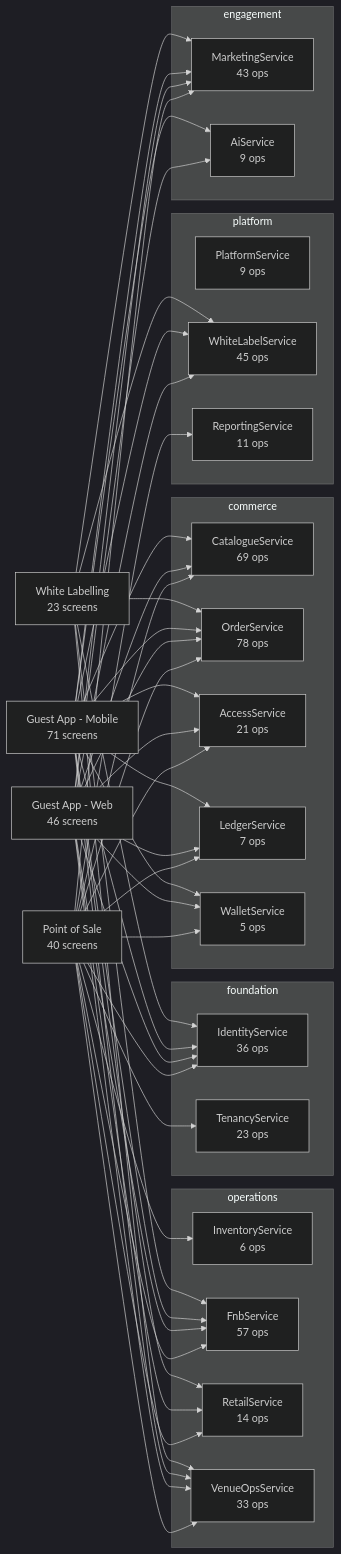
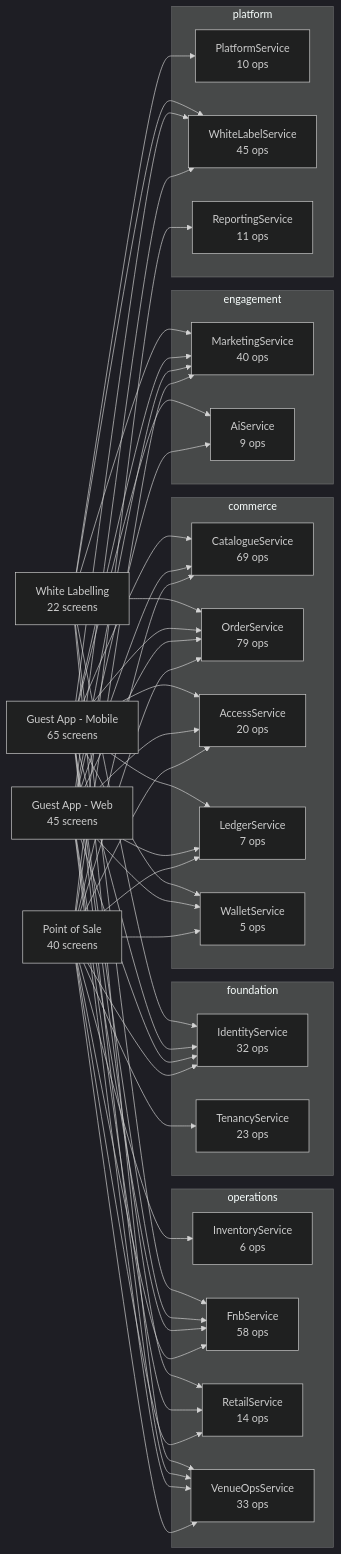
The diagram in ticvai/handoff/service-docs/README.md (Diretide298/Solution_Architecture), drawn with Mermaid (dark theme) before and after one commit. The commit also changed other lines of this file and 2180 other files, not shown here.

````diff
--- a/ticvai/handoff/service-docs/README.md
+++ b/ticvai/handoff/service-docs/README.md
@@ -9,76 +9,77 @@
 ```mermaid
 flowchart LR
   POS["Point of Sale<br/>40 screens"]
-  WEB["Guest App - Web<br/>46 screens"]
-  MOB["Guest App - Mobile<br/>71 screens"]
-  WL["White Labelling<br/>23 screens"]
+  WEB["Guest App - Web<br/>45 screens"]
+  MOB["Guest App - Mobile<br/>65 screens"]
+  WL["White Labelling<br/>22 screens"]
   subgraph foundation
-    IdentityService["IdentityService<br/>36 ops"]
+    IdentityService["IdentityService<br/>32 ops"]
     TenancyService["TenancyService<br/>23 ops"]
   end
   subgraph commerce
     CatalogueService["CatalogueService<br/>69 ops"]
-    OrderService["OrderService<br/>78 ops"]
-    AccessService["AccessService<br/>21 ops"]
+    OrderService["OrderService<br/>79 ops"]
+    AccessService["AccessService<br/>20 ops"]
     LedgerService["LedgerService<br/>7 ops"]
     WalletService["WalletService<br/>5 ops"]
   end
   subgraph operations
     InventoryService["InventoryService<br/>6 ops"]
-    FnbService["FnbService<br/>57 ops"]
+    FnbService["FnbService<br/>58 ops"]
     RetailService["RetailService<br/>14 ops"]
     VenueOpsService["VenueOpsService<br/>33 ops"]
   end
   subgraph engagement
-    MarketingService["MarketingService<br/>43 ops"]
+    MarketingService["MarketingService<br/>40 ops"]
     AiService["AiService<br/>9 ops"]
   end
   subgraph platform
-    PlatformService["PlatformService<br/>9 ops"]
+    PlatformService["PlatformService<br/>10 ops"]
     WhiteLabelService["WhiteLabelService<br/>45 ops"]
     ReportingService["ReportingService<br/>11 ops"]
   end
   POS --> OrderService
   WEB --> OrderService
   MOB --> OrderService
   WL --> OrderService
   POS --> CatalogueService
   WEB --> CatalogueService
   MOB --> CatalogueService
   POS --> AccessService
   WEB --> AccessService
   MOB --> AccessService
+  WL --> PlatformService
   POS --> MarketingService
   WEB --> MarketingService
   MOB --> MarketingService
   WL --> MarketingService
   POS --> ReportingService
   POS --> InventoryService
   POS --> IdentityService
   WEB --> IdentityService
   MOB --> IdentityService
   WL --> IdentityService
   POS --> FnbService
   WEB --> FnbService
   MOB --> FnbService
   WL --> FnbService
   WEB --> WhiteLabelService
   MOB --> WhiteLabelService
   WL --> WhiteLabelService
   POS --> VenueOpsService
   WEB --> VenueOpsService
   MOB --> VenueOpsService
   WL --> VenueOpsService
   POS --> TenancyService
   POS --> LedgerService
   WEB --> LedgerService
   MOB --> LedgerService
   WEB --> AiService
   MOB --> AiService
   POS --> RetailService
   WEB --> RetailService
   MOB --> RetailService
   POS --> WalletService
   WEB --> WalletService
   MOB --> WalletService
 ```
````
